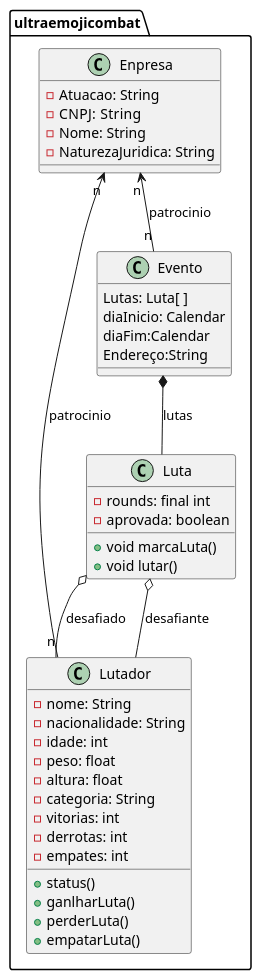
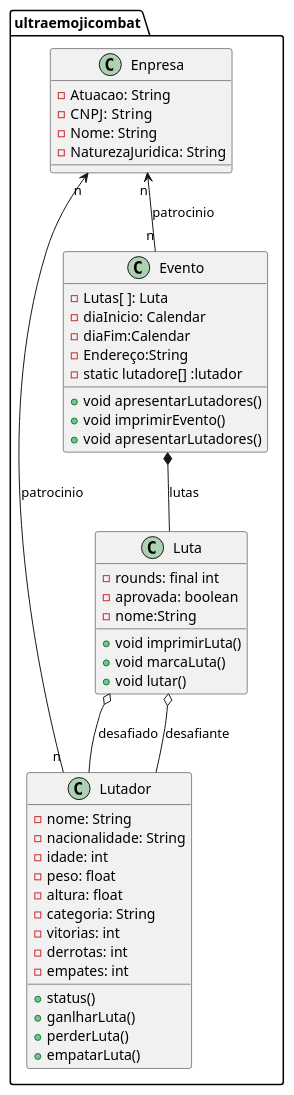
Before and after one commit to guisiq/ultraemojicombat: the diagram in exercicio.wsd, drawn with PlantUML. The commit also changed 1 other file, not shown here.

```diff
--- a/exercicio.wsd
+++ b/exercicio.wsd
@@ -1,45 +1,50 @@
 @startuml exercicio
 package  ultraemojicombat <<folder>>{
 
     class Lutador{
         - nome: String
         - nacionalidade: String
         - idade: int   
         - peso: float 
         - altura: float 
         - categoria: String
         - vitorias: int   
         - derrotas: int   
         - empates: int   
 
         + status()
         + ganlharLuta()
         + perderLuta()
         + empatarLuta()    
     }
     class Luta{
         - rounds: final int
         - aprovada: boolean
-
+        - nome:String
+        + void imprimirLuta()
         + void marcaLuta()
         + void lutar()
     }
     class Enpresa{
         - Atuacao: String
         - CNPJ:  String
         - Nome: String
         - NaturezaJuridica: String
     }
     class Evento{
-        Lutas: Luta[ ]
-        diaInicio: Calendar
-        diaFim:Calendar
-        Endereço:String
+        - Lutas[ ]: Luta
+        - diaInicio: Calendar
+        - diaFim:Calendar
+        - Endereço:String
+        - static lutadore[] :lutador
+        + void apresentarLutadores()
+        + void imprimirEvento()
+        + void apresentarLutadores()
     }
     Evento *-- Luta: lutas
     Luta o-- Lutador: desafiado
     Luta o-- Lutador: desafiante
     Enpresa "n" <-- "n" Lutador :patrocinio
     Enpresa "n" <-- "n" Evento  :patrocinio
 }
 @enduml
```
